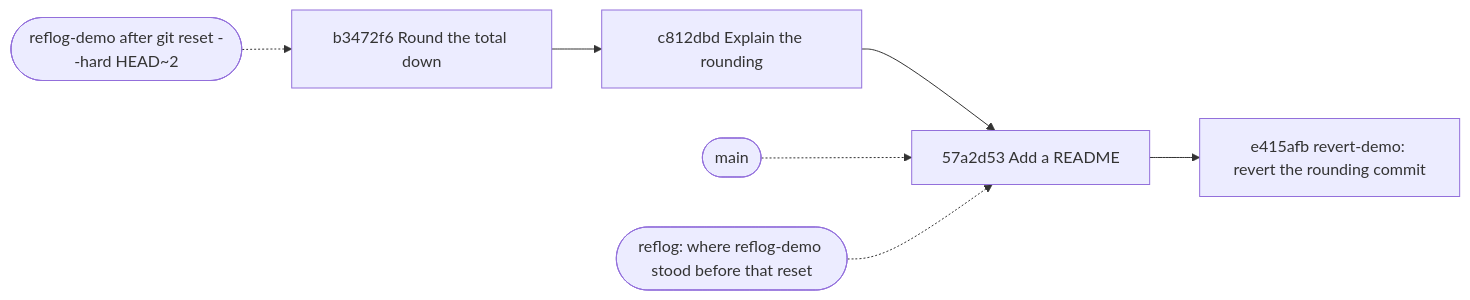
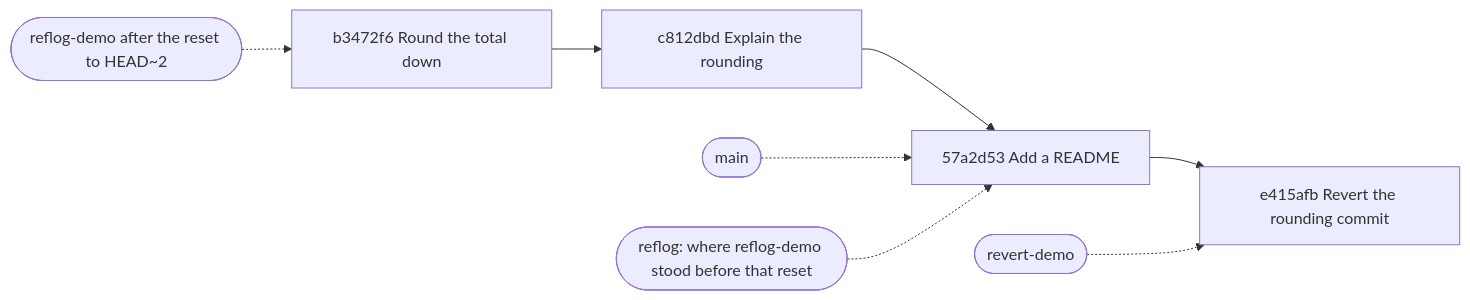
Before and after one commit to duyan11110/lo-trinh-architect: the diagram in content/tracks/foundation/git/foundation.l2.git-history-and-recovery.en.md, drawn with Mermaid. The commit also changed other lines of this file and 314 other files, not shown here.

````diff
--- a/content/tracks/foundation/git/foundation.l2.git-history-and-recovery.en.md
+++ b/content/tracks/foundation/git/foundation.l2.git-history-and-recovery.en.md
@@ -42,9 +42,10 @@
 ```mermaid
 flowchart LR
   A["b3472f6 Round the total down"] --> B["c812dbd Explain the rounding"]
   B --> C["57a2d53 Add a README"]
-  C --> V["e415afb revert-demo: revert the rounding commit"]
+  C --> V["e415afb Revert the rounding commit"]
+  RD(["revert-demo"]) -.-> V
   M(["main"]) -.-> C
-  N(["reflog-demo after git reset --hard HEAD~2"]) -.-> A
+  N(["reflog-demo after the reset to HEAD~2"]) -.-> A
   R(["reflog: where reflog-demo stood before that reset"]) -.-> C
 ```
````
